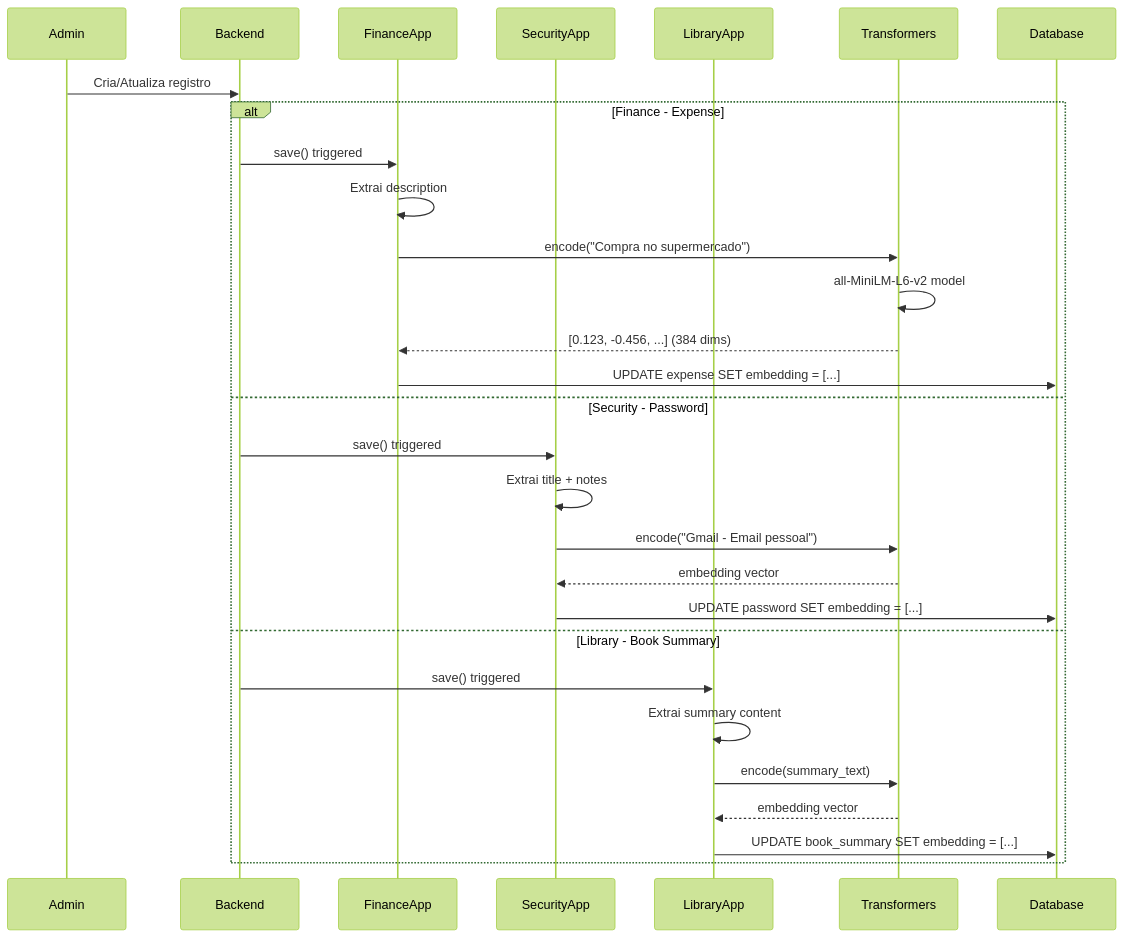
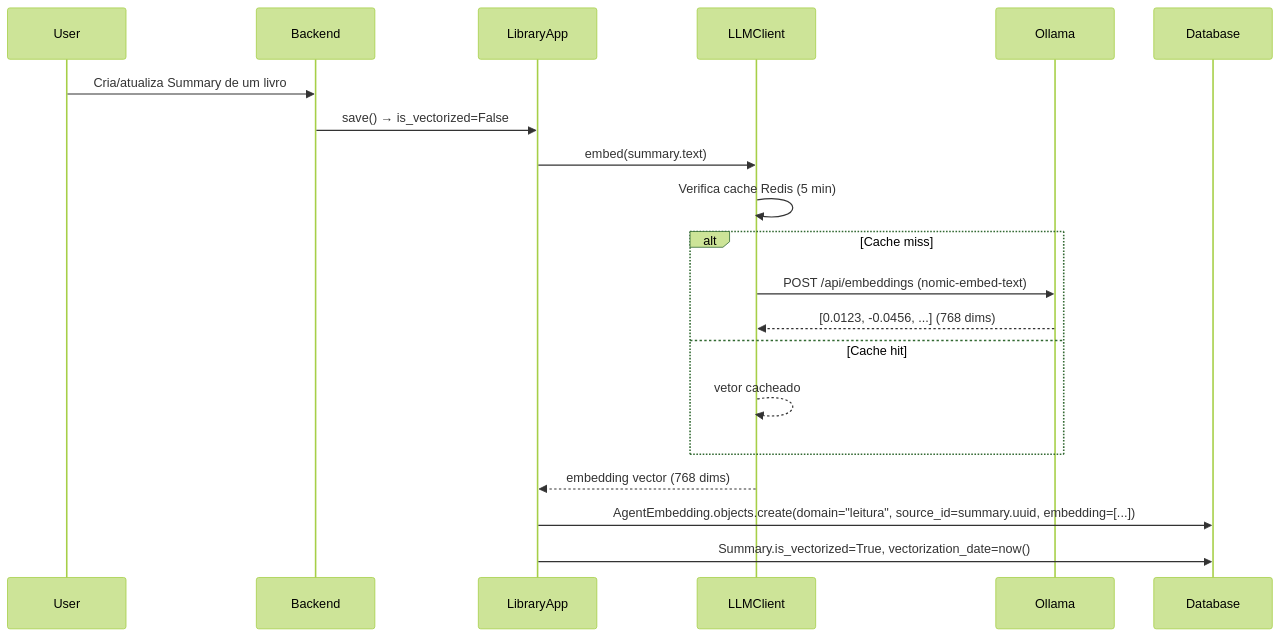
Before and after one commit to tarcisioribeiro/Axiom: the ninth of 13 diagrams in documentation/architecture/data_flow.md, drawn with Mermaid (forest theme). The commit also changed other lines of this file and 5 other files, not shown here.

Commit message:
docs: updated diagrams

````diff
--- a/documentation/architecture/data_flow.md
+++ b/documentation/architecture/data_flow.md
@@ -482,33 +466,23 @@
 ```mermaid
 sequenceDiagram
-    participant Admin
+    participant User
     participant Backend
-    participant FinanceApp
-    participant SecurityApp
     participant LibraryApp
-    participant Transformers
+    participant LLMClient
+    participant Ollama
     participant Database
 
-    Admin->>Backend: Cria/Atualiza registro
-
-    alt Finance - Expense
-        Backend->>FinanceApp: save() triggered
-        FinanceApp->>FinanceApp: Extrai description
-        FinanceApp->>Transformers: encode("Compra no supermercado")
-        Transformers->>Transformers: all-MiniLM-L6-v2 model
-        Transformers-->>FinanceApp: [0.123, -0.456, ...] (384 dims)
-        FinanceApp->>Database: UPDATE expense SET embedding = [...]
-    else Security - Password
-        Backend->>SecurityApp: save() triggered
-        SecurityApp->>SecurityApp: Extrai title + notes
-        SecurityApp->>Transformers: encode("Gmail - Email pessoal")
-        Transformers-->>SecurityApp: embedding vector
-        SecurityApp->>Database: UPDATE password SET embedding = [...]
-    else Library - Book Summary
-        Backend->>LibraryApp: save() triggered
-        LibraryApp->>LibraryApp: Extrai summary content
-        LibraryApp->>Transformers: encode(summary_text)
-        Transformers-->>LibraryApp: embedding vector
-        LibraryApp->>Database: UPDATE book_summary SET embedding = [...]
+    User->>Backend: Cria/atualiza Summary de um livro
+    Backend->>LibraryApp: save() → is_vectorized=False
+    LibraryApp->>LLMClient: embed(summary.text)
+    LLMClient->>LLMClient: Verifica cache Redis (5 min)
+    alt Cache miss
+        LLMClient->>Ollama: POST /api/embeddings (nomic-embed-text)
+        Ollama-->>LLMClient: [0.0123, -0.0456, ...] (768 dims)
+    else Cache hit
+        LLMClient-->>LLMClient: vetor cacheado
     end
+    LLMClient-->>LibraryApp: embedding vector (768 dims)
+    LibraryApp->>Database: AgentEmbedding.objects.create(domain="leitura", source_id=summary.uuid, embedding=[...])
+    LibraryApp->>Database: Summary.is_vectorized=True, vectorization_date=now()
 ```
````
